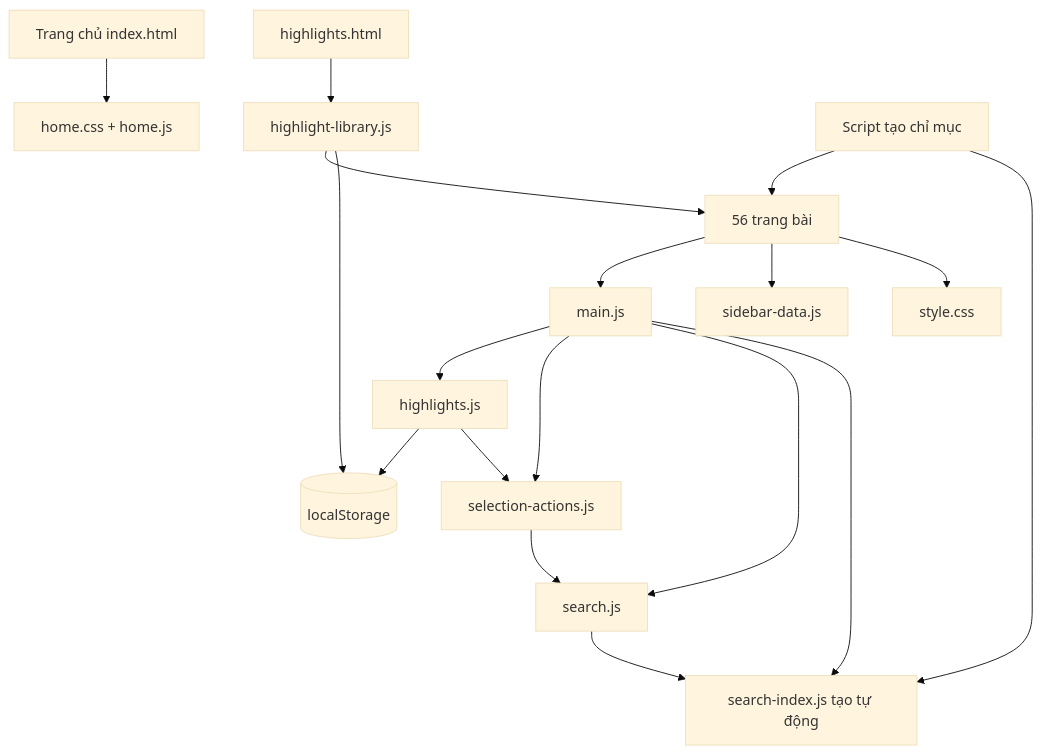
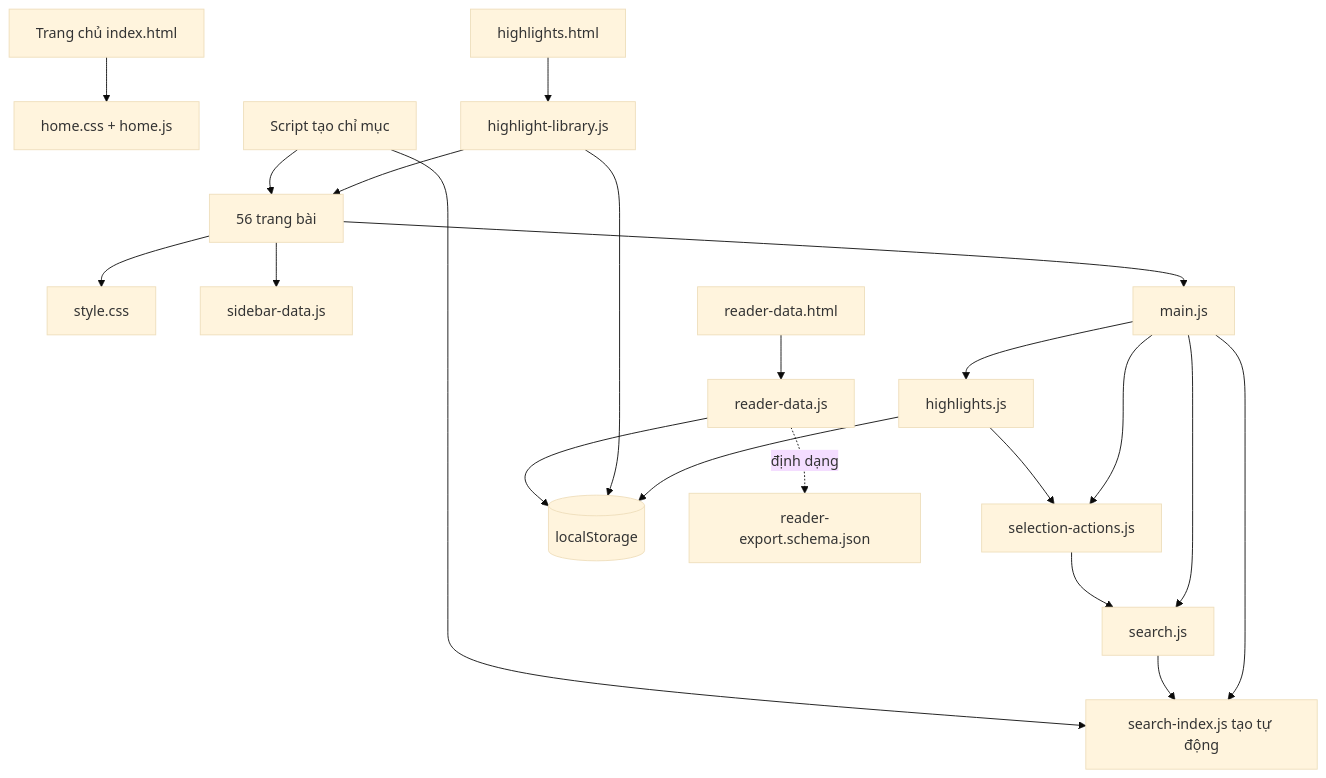
One commit to danghoangsqtt-sys/Ebook-basic-circuit changed the third of 4 diagrams in .DHSYSTEM/ARCHITECTURE.md. Above: the diagram before and after it, drawn with Mermaid (base theme). The commit also changed other lines of this file and 15 other files, not shown here.

````diff
--- a/.DHSYSTEM/ARCHITECTURE.md
+++ b/.DHSYSTEM/ARCHITECTURE.md
@@ -99,20 +110,23 @@
 ```mermaid
 flowchart TD
   L[Trang chủ index.html] --> HC[home.css + home.js]
   B[56 trang bài] --> C[style.css]
   B --> N[sidebar-data.js]
   B --> M[main.js]
   M --> S[search-index.js tạo tự động]
   M --> Q[search.js]
   Q --> S
   M --> T[selection-actions.js]
   T --> Q
   M --> H[highlights.js]
   H --> T
   H --> P[(localStorage)]
   HL[highlights.html] --> HJ[highlight-library.js]
   HJ --> P
   HJ --> B
+  RD[reader-data.html] --> RJ[reader-data.js]
+  RJ --> P
+  RJ -. định dạng .-> HS[reader-export.schema.json]
   G[Script tạo chỉ mục] --> S
   G --> B
 ```
````
